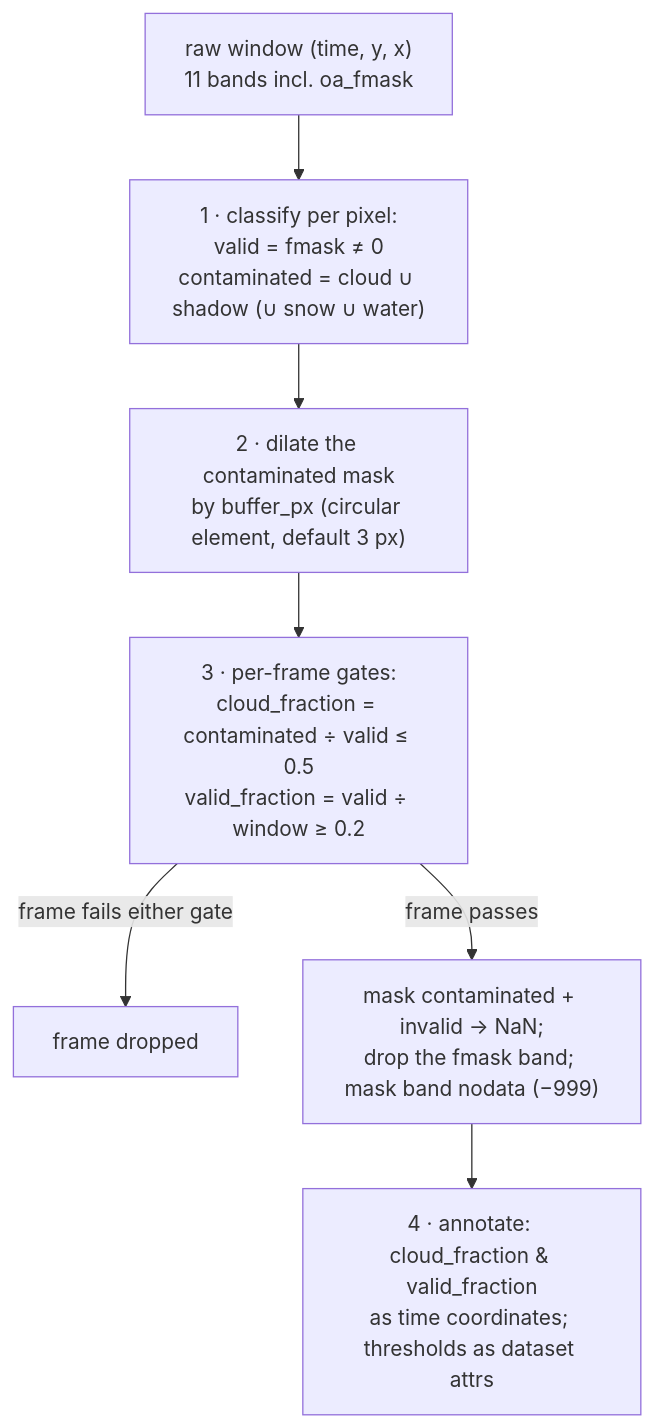
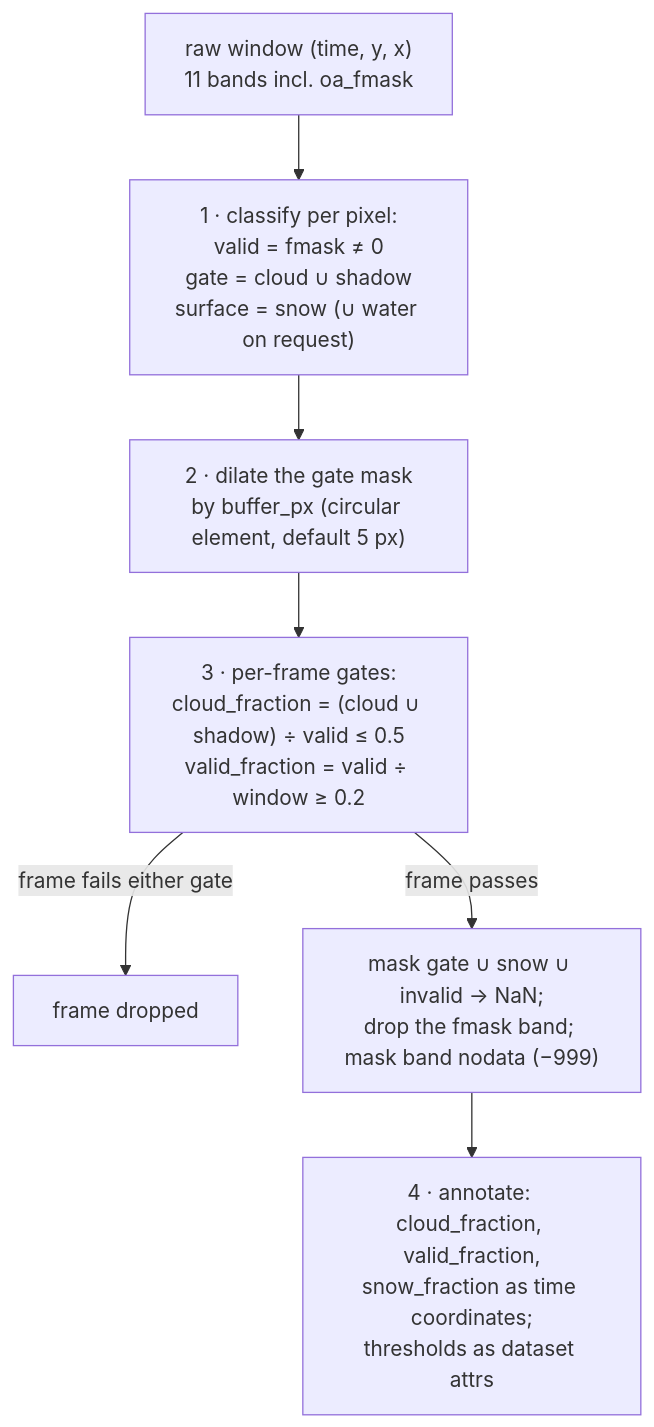
Before and after one commit to thestochasticman/pysentinel2: the diagram in docs/cleaning.md, drawn with Mermaid. The commit also changed other lines of this file and 13 other files, not shown here.

````diff
--- a/docs/cleaning.md
+++ b/docs/cleaning.md
@@ -35,9 +40,9 @@
 ```mermaid
 flowchart TD
-    A["raw window (time, y, x)<br/>11 bands incl. oa_fmask"] --> B["1 · classify per pixel:<br/>valid = fmask ≠ 0<br/>contaminated = cloud ∪ shadow (∪ snow ∪ water)"]
-    B --> C["2 · dilate the contaminated mask<br/>by buffer_px (circular element, default 3 px)"]
-    C --> D["3 · per-frame gates:<br/>cloud_fraction = contaminated ÷ valid ≤ 0.5<br/>valid_fraction = valid ÷ window ≥ 0.2"]
+    A["raw window (time, y, x)<br/>11 bands incl. oa_fmask"] --> B["1 · classify per pixel:<br/>valid = fmask ≠ 0<br/>gate = cloud ∪ shadow<br/>surface = snow (∪ water on request)"]
+    B --> C["2 · dilate the gate mask<br/>by buffer_px (circular element, default 5 px)"]
+    C --> D["3 · per-frame gates:<br/>cloud_fraction = (cloud ∪ shadow) ÷ valid ≤ 0.5<br/>valid_fraction = valid ÷ window ≥ 0.2"]
     D -- "frame fails either gate" --> X["frame dropped"]
-    D -- "frame passes" --> E["mask contaminated + invalid → NaN;<br/>drop the fmask band; mask band nodata (−999)"]
-    E --> F["4 · annotate: cloud_fraction & valid_fraction<br/>as time coordinates; thresholds as dataset attrs"]
+    D -- "frame passes" --> E["mask gate ∪ snow ∪ invalid → NaN;<br/>drop the fmask band; mask band nodata (−999)"]
+    E --> F["4 · annotate: cloud_fraction, valid_fraction,<br/>snow_fraction as time coordinates;<br/>thresholds as dataset attrs"]
 ```
````
